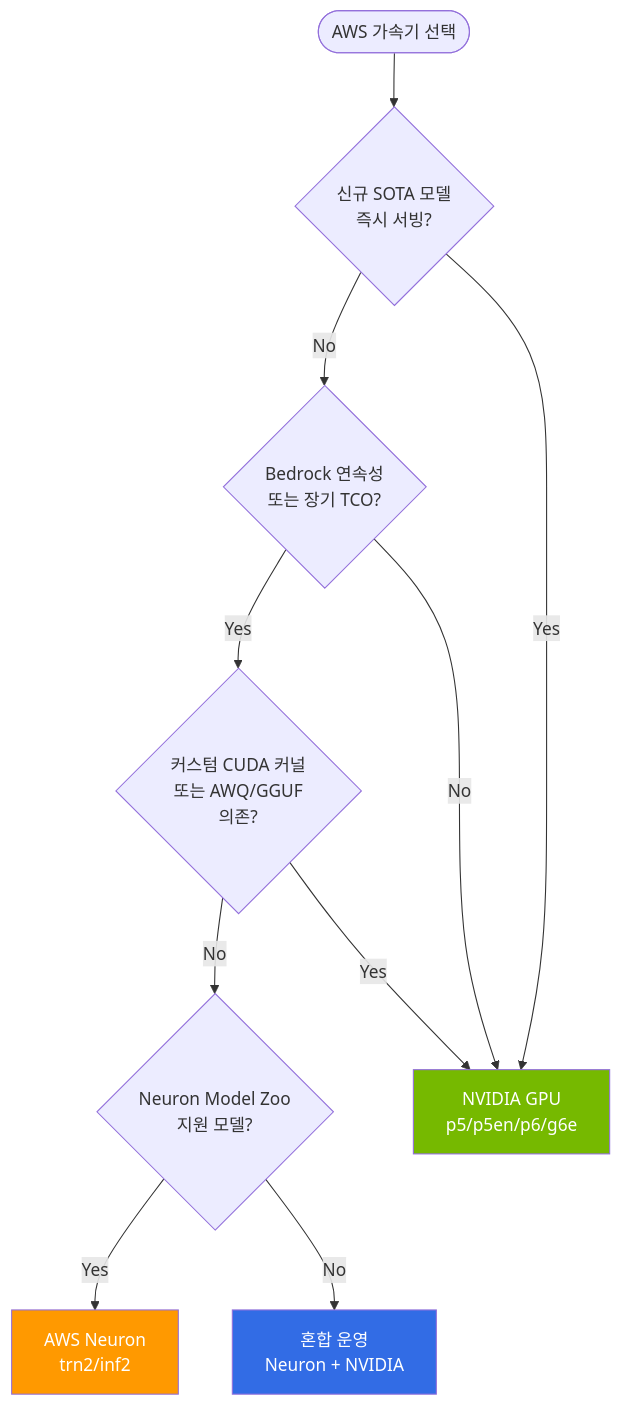
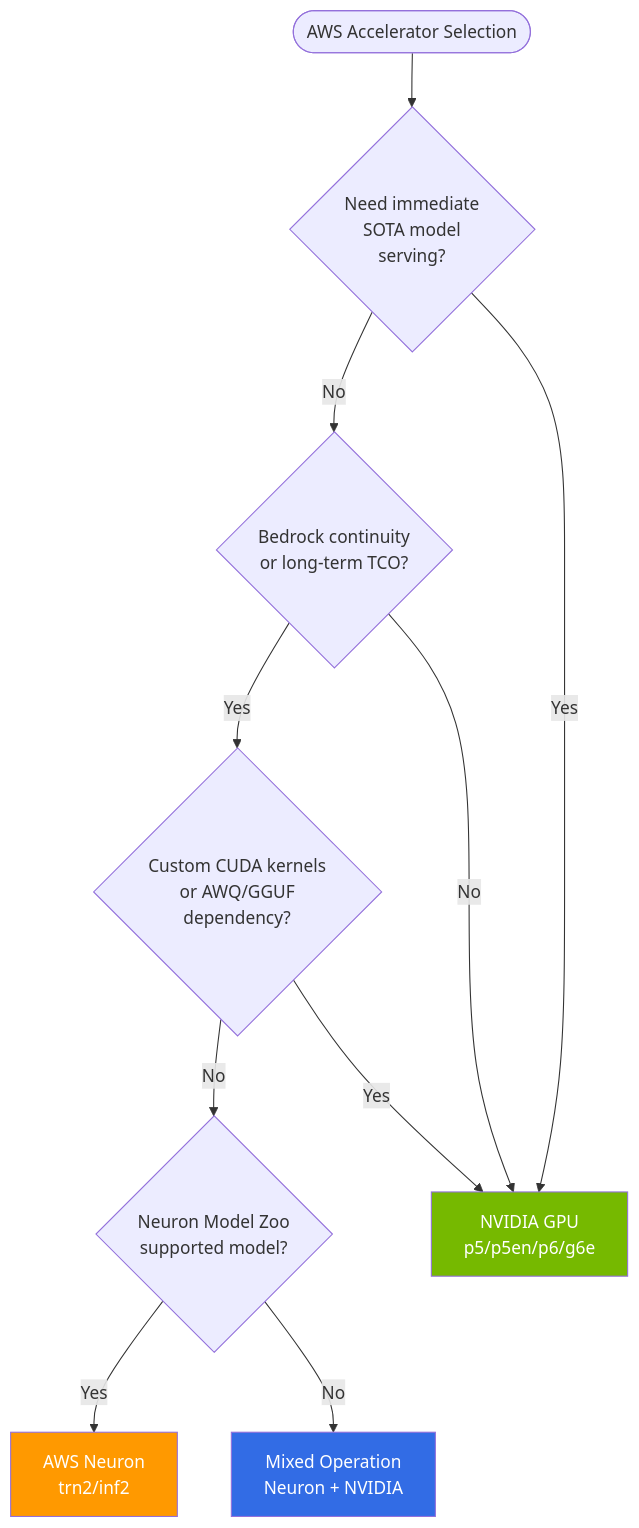
Before and after one commit to devfloor9/engineering-playbook: the fourth of 5 diagrams in docs/agentic-ai-platform/model-serving/gpu-infrastructure/eks-gpu-node-strategy.md, drawn with Mermaid. The commit also changed other lines of this file and 954 other files, not shown here.

````diff
--- a/docs/agentic-ai-platform/model-serving/gpu-infrastructure/eks-gpu-node-strategy.md
+++ b/docs/agentic-ai-platform/model-serving/gpu-infrastructure/eks-gpu-node-strategy.md
@@ -502,26 +460,26 @@
 ```mermaid
 flowchart TD
-    START([AWS 가속기 선택])
-    Q1{신규 SOTA 모델<br/>즉시 서빙?}
-    Q2{Bedrock 연속성<br/>또는 장기 TCO?}
-    Q3{커스텀 CUDA 커널<br/>또는 AWQ/GGUF<br/>의존?}
-    Q4{Neuron Model Zoo<br/>지원 모델?}
+    START([AWS Accelerator Selection])
+    Q1{Need immediate<br/>SOTA model<br/>serving?}
+    Q2{Bedrock continuity<br/>or long-term TCO?}
+    Q3{Custom CUDA kernels<br/>or AWQ/GGUF<br/>dependency?}
+    Q4{Neuron Model Zoo<br/>supported model?}
 
     NVIDIA[NVIDIA GPU<br/>p5/p5en/p6/g6e]
     NEURON[AWS Neuron<br/>trn2/inf2]
-    HYBRID[혼합 운영<br/>Neuron + NVIDIA]
+    HYBRID[Mixed Operation<br/>Neuron + NVIDIA]
 
     START --> Q1
     Q1 -->|Yes| NVIDIA
     Q1 -->|No| Q2
     Q2 -->|Yes| Q3
     Q2 -->|No| NVIDIA
     Q3 -->|Yes| NVIDIA
     Q3 -->|No| Q4
     Q4 -->|Yes| NEURON
     Q4 -->|No| HYBRID
 
     style NVIDIA fill:#76b900,color:#fff
     style NEURON fill:#ff9900,color:#fff
     style HYBRID fill:#326ce5,color:#fff
 ```
````
